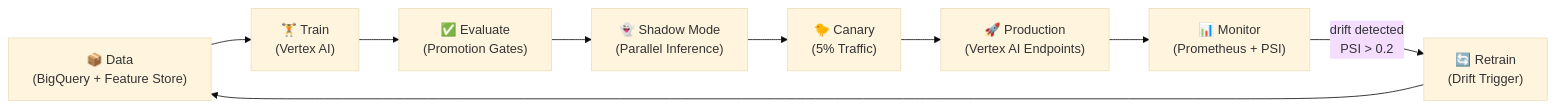
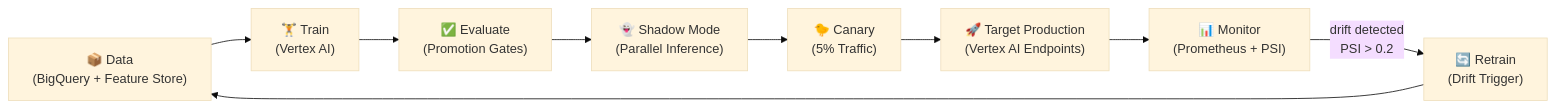
One commit to sunitakeazycommerz-a11y/InstaCommerce changed the first of 7 diagrams in ml/README.md. Above: the diagram before and after it, drawn with Mermaid (base theme). The commit also changed other lines of this file and 2 other files, not shown here.

````diff
--- a/ml/README.md
+++ b/ml/README.md
@@ -9,14 +13,14 @@
 ```mermaid
 flowchart LR
     Data["📦 Data\n(BigQuery + Feature Store)"]
     Train["🏋️ Train\n(Vertex AI)"]
     Evaluate["✅ Evaluate\n(Promotion Gates)"]
     Shadow["👻 Shadow Mode\n(Parallel Inference)"]
     Canary["🐤 Canary\n(5% Traffic)"]
-    Production["🚀 Production\n(Vertex AI Endpoints)"]
+        Production["🚀 Target Production\n(Vertex AI Endpoints)"]
     Monitor["📊 Monitor\n(Prometheus + PSI)"]
     Retrain["🔄 Retrain\n(Drift Trigger)"]
 
     Data --> Train --> Evaluate --> Shadow --> Canary --> Production --> Monitor
     Monitor -- "drift detected\nPSI > 0.2" --> Retrain --> Data
 ```
````
